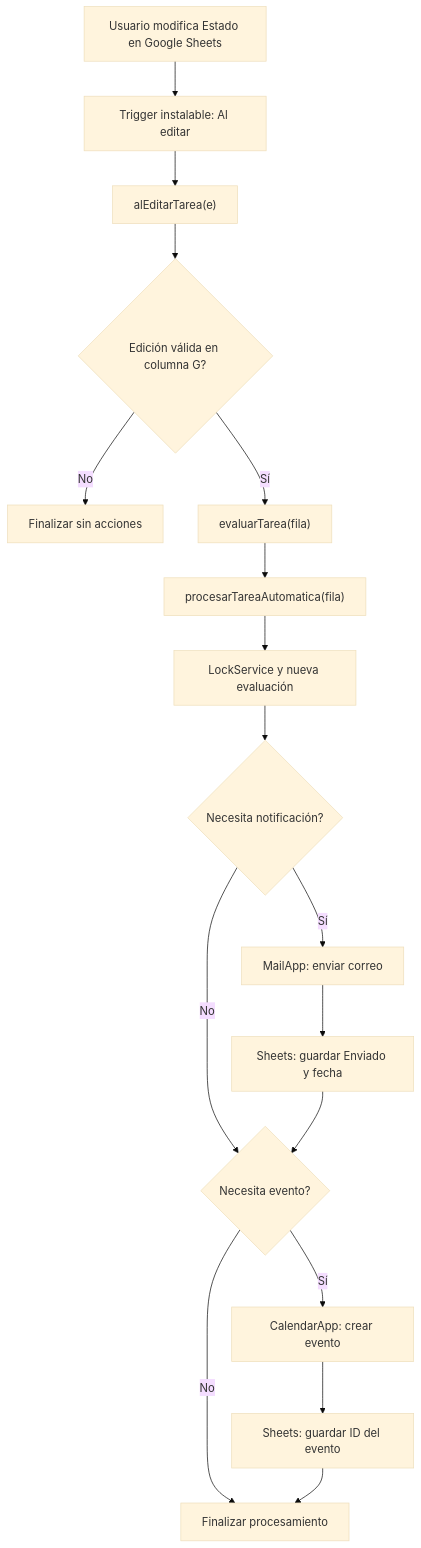
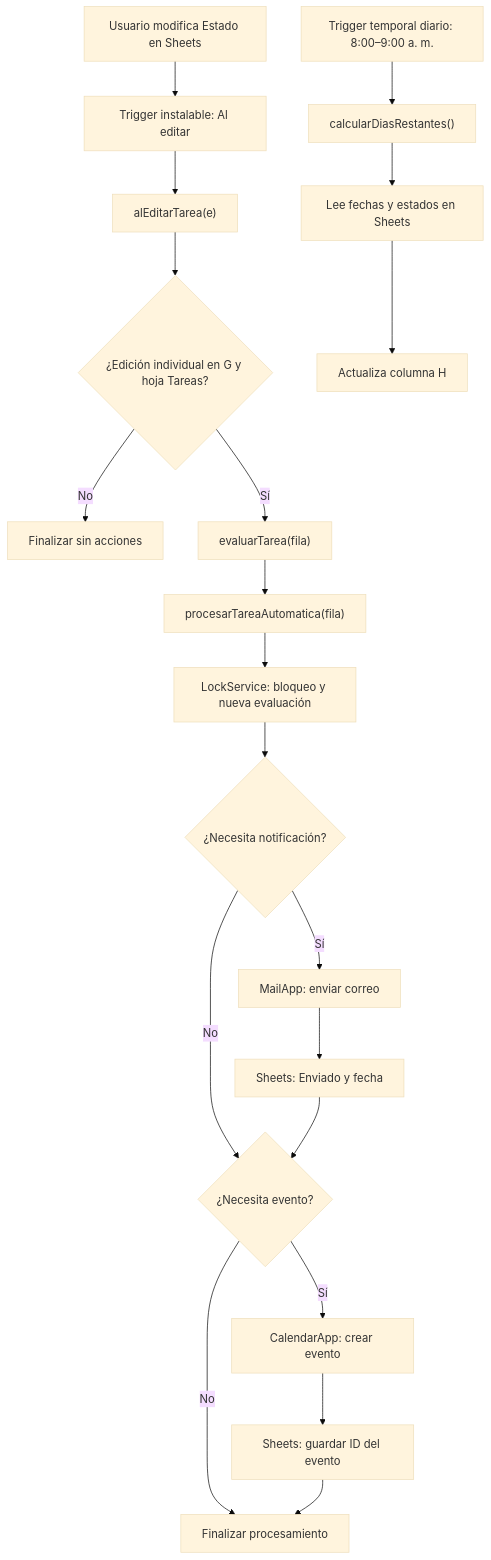
One commit to HDLGOJENN/turing-ia-workspace-dia2 changed the diagram in docs/arquitectura.md. Above: the diagram before and after it, drawn with Mermaid (base theme). The commit also changed other lines of this file and 4 other files, not shown here.

````diff
--- a/docs/arquitectura.md
+++ b/docs/arquitectura.md
@@ -11,19 +16,23 @@
 ```mermaid
 flowchart TD
-    A["Usuario modifica Estado en Google Sheets"] --> B["Trigger instalable: Al editar"]
+    A["Usuario modifica Estado en Sheets"] --> B["Trigger instalable: Al editar"]
     B --> C["alEditarTarea(e)"]
-    C --> D{"Edición válida en columna G?"}
+    C --> D{"¿Edición individual en G y hoja Tareas?"}
     D -->|No| E["Finalizar sin acciones"]
     D -->|Sí| F["evaluarTarea(fila)"]
     F --> G["procesarTareaAutomatica(fila)"]
-    G --> H["LockService y nueva evaluación"]
-    H --> I{"Necesita notificación?"}
+    G --> H["LockService: bloqueo y nueva evaluación"]
+    H --> I{"¿Necesita notificación?"}
     I -->|Sí| J["MailApp: enviar correo"]
-    J --> K["Sheets: guardar Enviado y fecha"]
-    I -->|No| L{"Necesita evento?"}
+    J --> K["Sheets: Enviado y fecha"]
+    I -->|No| L{"¿Necesita evento?"}
     K --> L
     L -->|Sí| M["CalendarApp: crear evento"]
     M --> N["Sheets: guardar ID del evento"]
     L -->|No| O["Finalizar procesamiento"]
     N --> O
+
+    P["Trigger temporal diario: 8:00–9:00 a. m."] --> Q["calcularDiasRestantes()"]
+    Q --> R["Lee fechas y estados en Sheets"]
+    R --> S["Actualiza columna H"]
 ```
````
